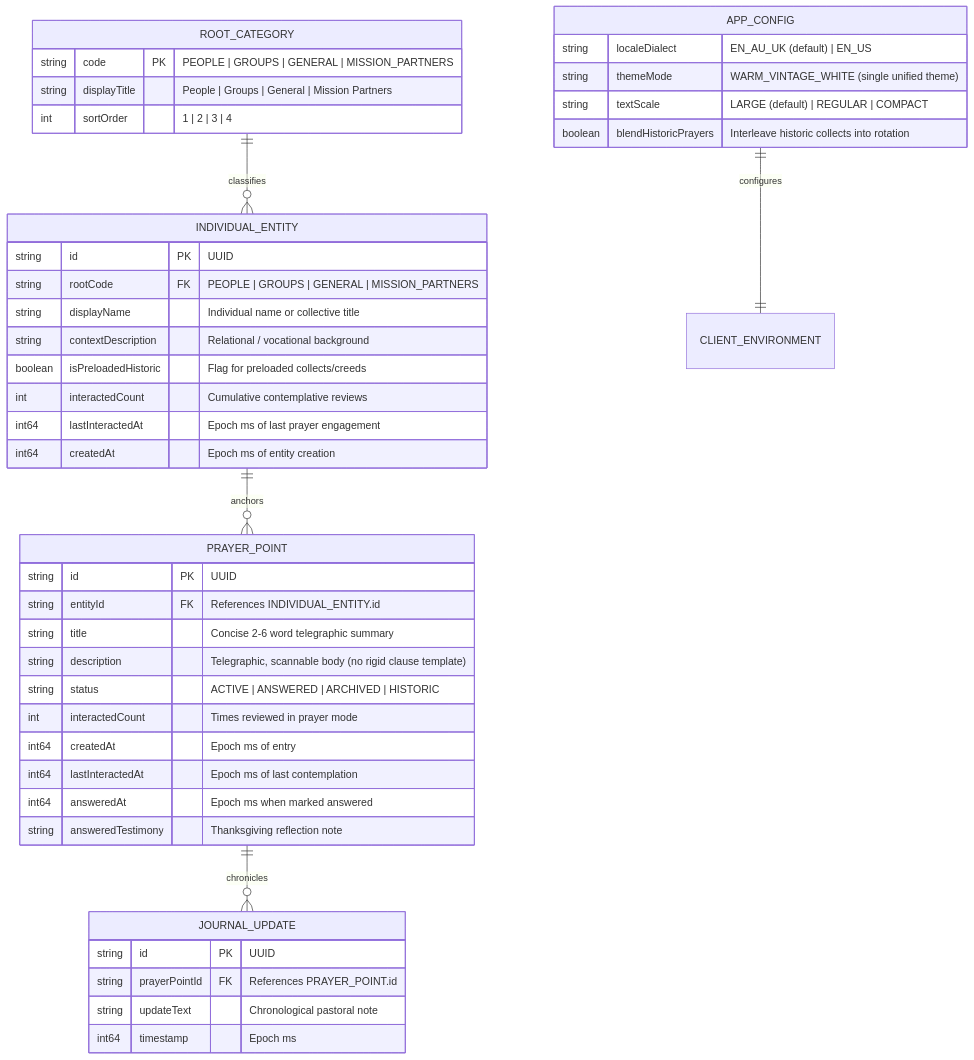
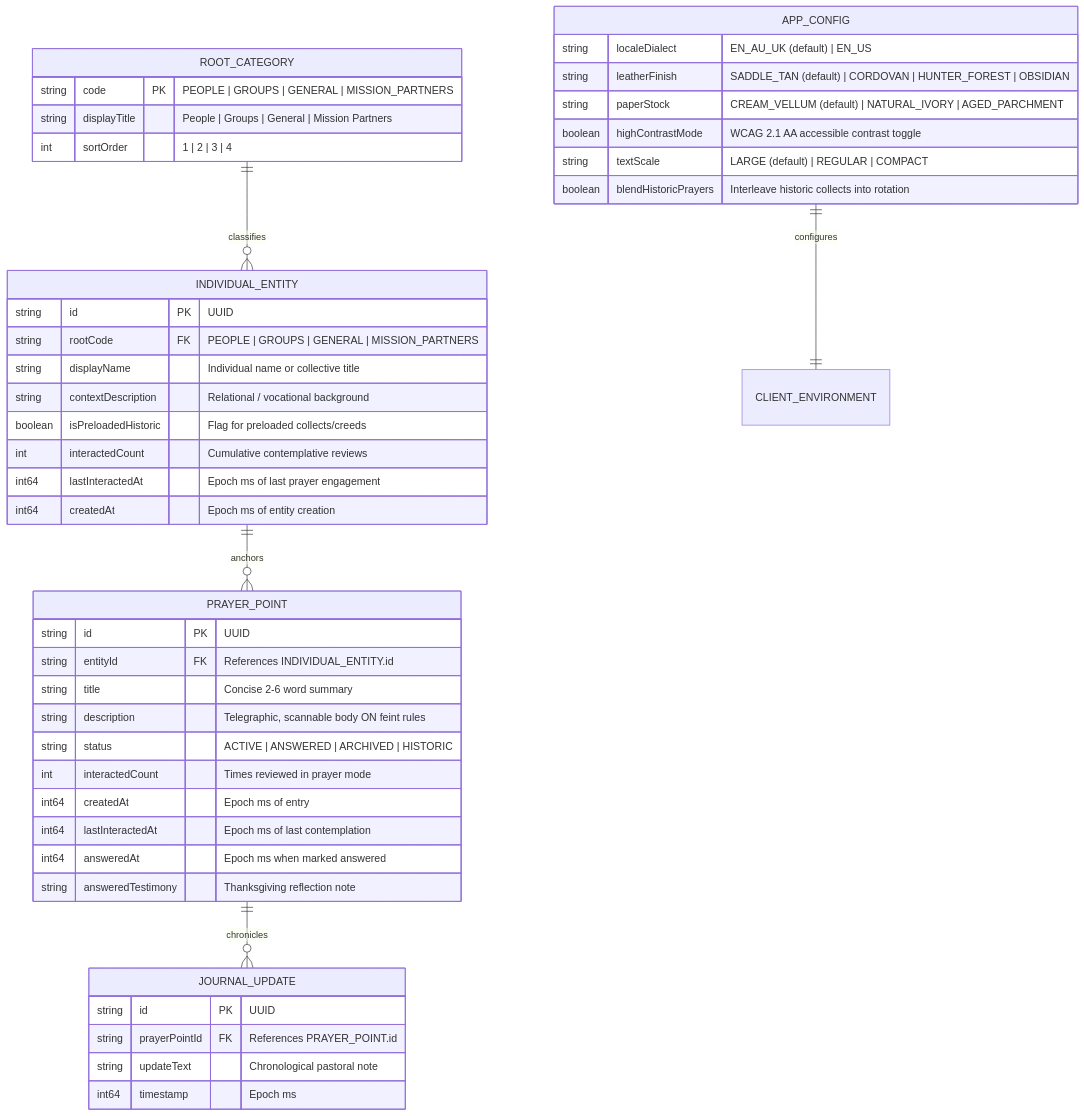
The second of 8 diagrams in planning/codebase_knowledge_graph.md (iamenianc/Prayer), drawn with Mermaid before and after one commit. The commit also changed other lines of this file and 37 other files, not shown here.

````diff
--- a/planning/codebase_knowledge_graph.md
+++ b/planning/codebase_knowledge_graph.md
@@ -79,51 +83,53 @@
 ```mermaid
 erDiagram
     ROOT_CATEGORY ||--o{ INDIVIDUAL_ENTITY : "classifies"
     INDIVIDUAL_ENTITY ||--o{ PRAYER_POINT : "anchors"
     PRAYER_POINT ||--o{ JOURNAL_UPDATE : "chronicles"
     APP_CONFIG ||--|| CLIENT_ENVIRONMENT : "configures"
 
     ROOT_CATEGORY {
         string code PK "PEOPLE | GROUPS | GENERAL | MISSION_PARTNERS"
         string displayTitle "People | Groups | General | Mission Partners"
         int sortOrder "1 | 2 | 3 | 4"
     }
 
     INDIVIDUAL_ENTITY {
         string id PK "UUID"
         string rootCode FK "PEOPLE | GROUPS | GENERAL | MISSION_PARTNERS"
         string displayName "Individual name or collective title"
         string contextDescription "Relational / vocational background"
         boolean isPreloadedHistoric "Flag for preloaded collects/creeds"
         int interactedCount "Cumulative contemplative reviews"
         int64 lastInteractedAt "Epoch ms of last prayer engagement"
         int64 createdAt "Epoch ms of entity creation"
     }
 
     PRAYER_POINT {
         string id PK "UUID"
         string entityId FK "References INDIVIDUAL_ENTITY.id"
-        string title "Concise 2-6 word telegraphic summary"
-        string description "Telegraphic, scannable body (no rigid clause template)"
+        string title "Concise 2-6 word summary"
+        string description "Telegraphic, scannable body ON feint rules"
         string status "ACTIVE | ANSWERED | ARCHIVED | HISTORIC"
         int interactedCount "Times reviewed in prayer mode"
         int64 createdAt "Epoch ms of entry"
         int64 lastInteractedAt "Epoch ms of last contemplation"
         int64 answeredAt "Epoch ms when marked answered"
         string answeredTestimony "Thanksgiving reflection note"
     }
 
     JOURNAL_UPDATE {
         string id PK "UUID"
         string prayerPointId FK "References PRAYER_POINT.id"
         string updateText "Chronological pastoral note"
         int64 timestamp "Epoch ms"
     }
 
     APP_CONFIG {
         string localeDialect "EN_AU_UK (default) | EN_US"
-        string themeMode "WARM_VINTAGE_WHITE (single unified theme)"
+        string leatherFinish "SADDLE_TAN (default) | CORDOVAN | HUNTER_FOREST | OBSIDIAN"
+        string paperStock "CREAM_VELLUM (default) | NATURAL_IVORY | AGED_PARCHMENT"
+        boolean highContrastMode "WCAG 2.1 AA accessible contrast toggle"
         string textScale "LARGE (default) | REGULAR | COMPACT"
         boolean blendHistoricPrayers "Interleave historic collects into rotation"
     }
 ```
````
